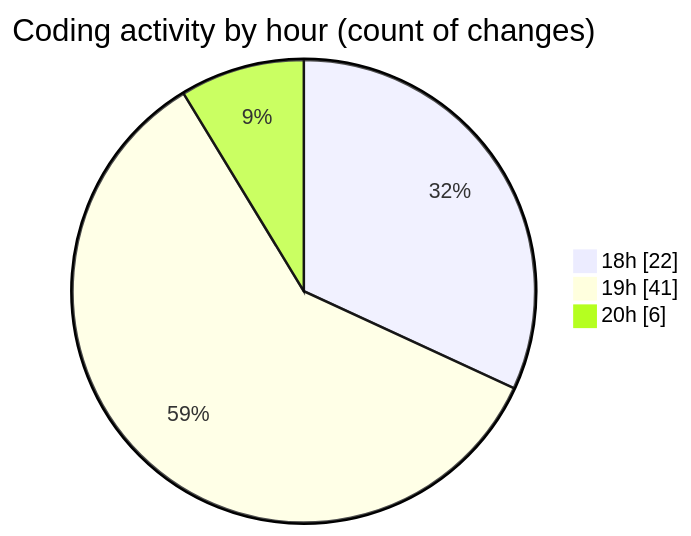
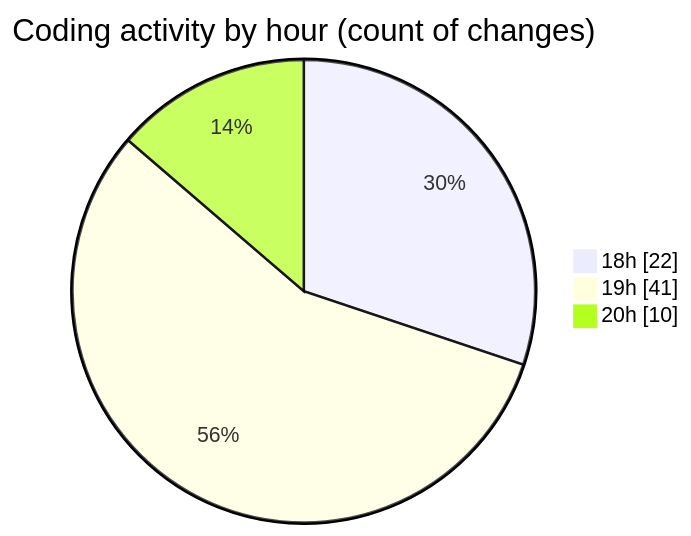
One commit to idhammustaqopulfikri/code-tracking changed the second of 2 diagrams in 2025-06-13/studio-backend/README.md. Above: the diagram before and after it, drawn with Mermaid. The commit also changed other lines of this file and 1 other file, not shown here.

````diff
--- a/2025-06-13/studio-backend/README.md
+++ b/2025-06-13/studio-backend/README.md
@@ -39,7 +41,7 @@
 ```mermaid
 pie showData
 title Coding activity by hour (count of changes)
 "18h" : 22
 "19h" : 41
-"20h" : 6
+"20h" : 10
 ```
````
